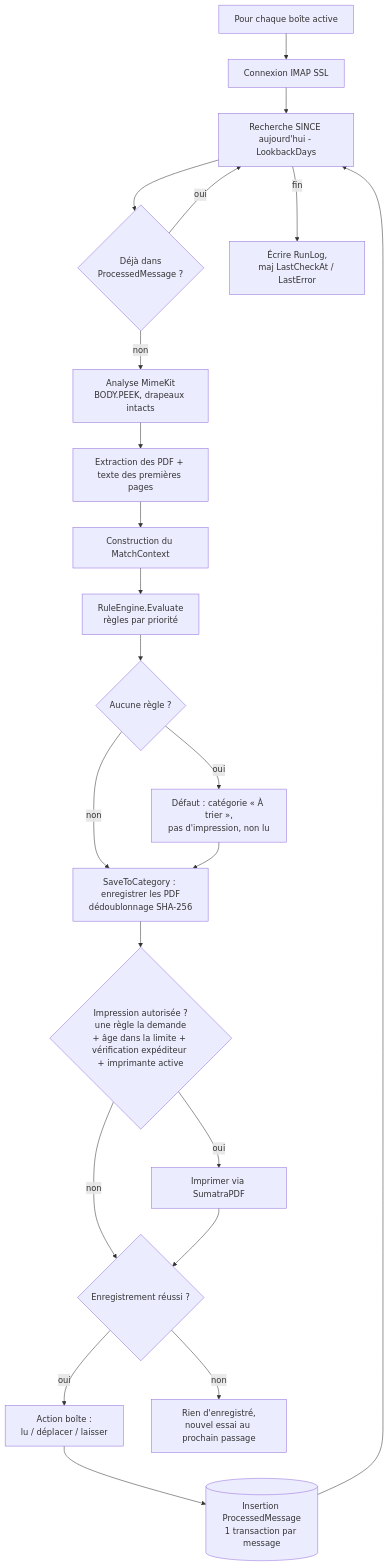
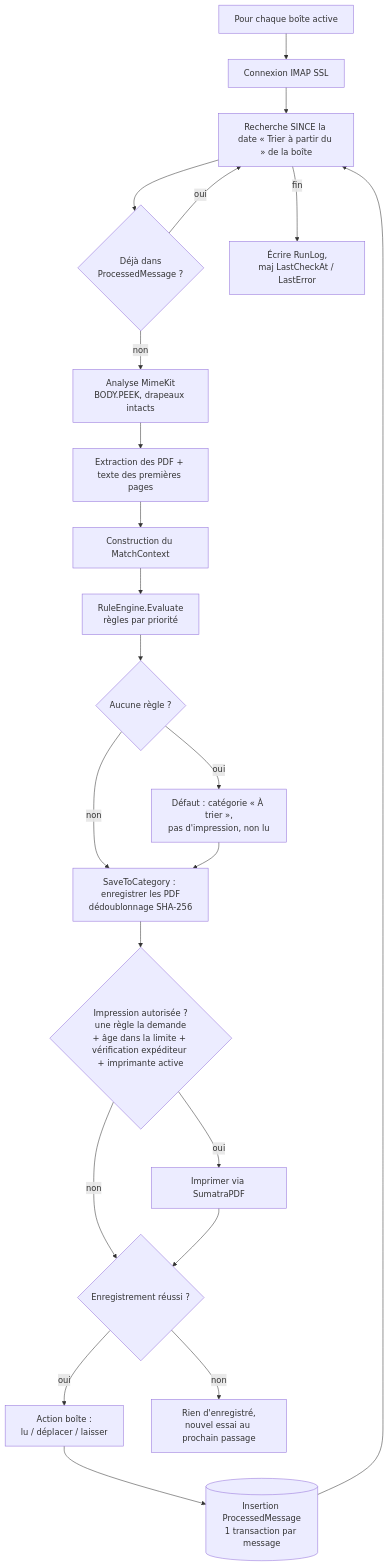
Before and after one commit to ArmSal/mailflow: the second of 5 diagrams in README.fr.md, drawn with Mermaid. The commit also changed other lines of this file and 24 other files, not shown here.

Commit message:
Per-mailbox sort start date and print limit (1-7 days), remove global print age, fix documents folder pick/History PDF root, document day tokens

````diff
--- a/README.fr.md
+++ b/README.fr.md
@@ -68,24 +68,24 @@
 ```mermaid
 flowchart TD
     A[Pour chaque boîte active] --> B[Connexion IMAP SSL]
-    B --> C[Recherche SINCE aujourd'hui - LookbackDays]
+    B --> C[Recherche SINCE la date « Trier à partir du » de la boîte]
     C --> D{Déjà dans<br/>ProcessedMessage ?}
     D -- oui --> C
     D -- non --> E[Analyse MimeKit<br/>BODY.PEEK, drapeaux intacts]
     E --> F[Extraction des PDF + texte des premières pages]
     F --> G[Construction du MatchContext]
     G --> H[RuleEngine.Evaluate<br/>règles par priorité]
     H --> I{Aucune règle ?}
     I -- oui --> I1[Défaut : catégorie « À trier »,<br/>pas d'impression, non lu]
     I -- non --> J
     I1 --> J[SaveToCategory : enregistrer les PDF<br/>dédoublonnage SHA-256]
     J --> K{Impression autorisée ?<br/>une règle la demande<br/>+ âge dans la limite + vérification expéditeur + imprimante active}
     K -- oui --> L[Imprimer via SumatraPDF]
     K -- non --> M
     L --> M{Enregistrement réussi ?}
     M -- oui --> N[Action boîte :<br/>lu / déplacer / laisser]
     M -- non --> R[Rien d'enregistré,<br/>nouvel essai au prochain passage]
     N --> O[(Insertion ProcessedMessage<br/>1 transaction par message)]
     O --> C
     C -->|fin| P[Écrire RunLog,<br/>maj LastCheckAt / LastError]
 ```
````
